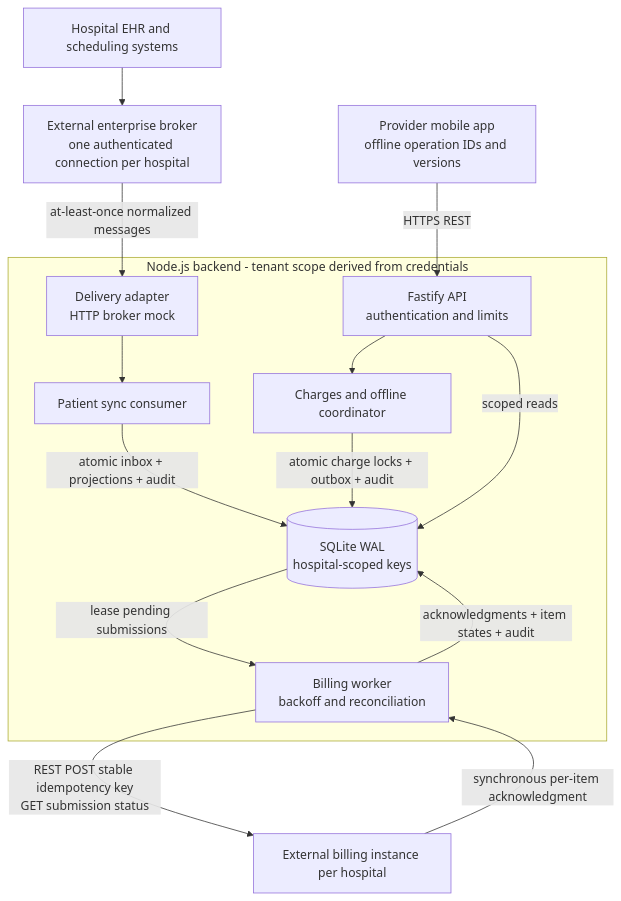
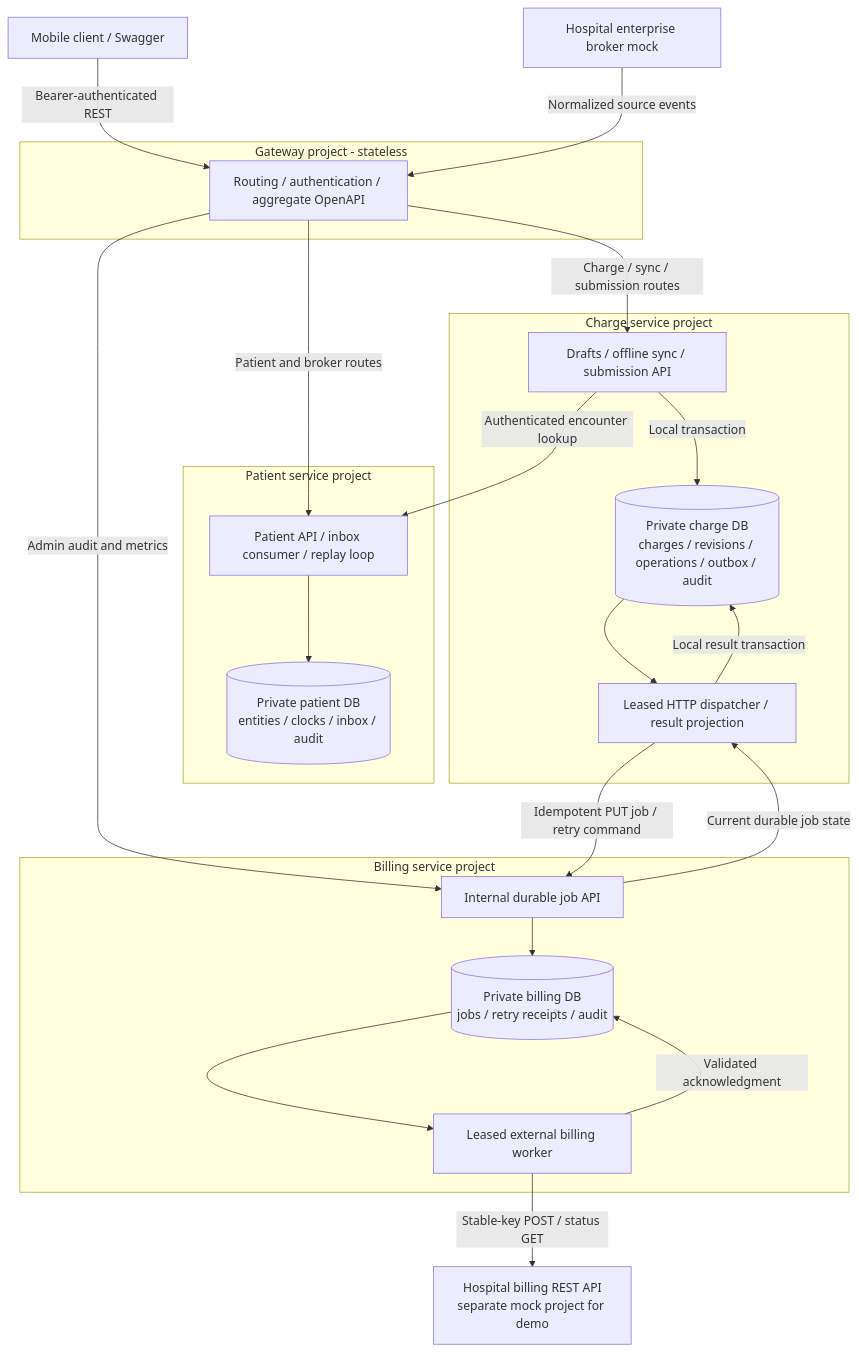
One commit to reachkarun/hospital changed the first of 2 diagrams in docs/ARCHITECTURE.md. Above: the diagram before and after it, drawn with Mermaid. The commit also changed other lines of this file and 93 other files, not shown here.

````diff
--- a/docs/ARCHITECTURE.md
+++ b/docs/ARCHITECTURE.md
@@ -7,17 +7,36 @@
 ```mermaid
 flowchart TB
-    EHR[Hospital EHR and scheduling systems] --> Broker[External enterprise broker\none authenticated connection per hospital]
-    Mobile[Provider mobile app\noffline operation IDs and versions] -->|HTTPS REST| API
-    Broker -->|at-least-once normalized messages| Adapter
-    subgraph Application[Node.js backend - tenant scope derived from credentials]
-        API[Fastify API\nauthentication and limits] --> Charges[Charges and offline coordinator]
-        Adapter[Delivery adapter\nHTTP broker mock] --> Patients[Patient sync consumer]
-        Patients -->|atomic inbox + projections + audit| DB[(SQLite WAL\nhospital-scoped keys)]
-        Charges -->|atomic charge locks + outbox + audit| DB
-        DB -->|lease pending submissions| Worker[Billing worker\nbackoff and reconciliation]
-        Worker -->|acknowledgments + item states + audit| DB
-        API -->|scoped reads| DB
+    Mobile[Mobile client / Swagger] -->|Bearer-authenticated REST| Gateway
+    Broker[Hospital enterprise broker mock] -->|Normalized source events| Gateway
+    subgraph Edge[Gateway project - stateless]
+      Gateway[Routing / authentication / aggregate OpenAPI]
     end
-    Worker -->|REST POST stable idempotency key\nGET submission status| Billing[External billing instance per hospital]
-    Billing -->|synchronous per-item acknowledgment| Worker
+    subgraph Patient[Patient service project]
+      PAPI[Patient API / inbox consumer / replay loop]
+      PDB[(Private patient DB\nentities / clocks / inbox / audit)]
+      PAPI --> PDB
+    end
+    subgraph Charge[Charge service project]
+      CAPI[Drafts / offline sync / submission API]
+      CDB[(Private charge DB\ncharges / revisions / operations / outbox / audit)]
+      Dispatcher[Leased HTTP dispatcher / result projection]
+      CAPI -->|Local transaction| CDB
+      CDB --> Dispatcher
+      Dispatcher -->|Local result transaction| CDB
+    end
+    subgraph Billing[Billing service project]
+      BAPI[Internal durable job API]
+      BDB[(Private billing DB\njobs / retry receipts / audit)]
+      Worker[Leased external billing worker]
+      BAPI --> BDB
+      BDB --> Worker
+      Worker -->|Validated acknowledgment| BDB
+    end
+    Gateway -->|Patient and broker routes| PAPI
+    Gateway -->|Charge / sync / submission routes| CAPI
+    Gateway -->|Admin audit and metrics| BAPI
+    CAPI -->|Authenticated encounter lookup| PAPI
+    Dispatcher -->|Idempotent PUT job / retry command| BAPI
+    BAPI -->|Current durable job state| Dispatcher
+    Worker -->|Stable-key POST / status GET| External[Hospital billing REST API\nseparate mock project for demo]
 ```
````
